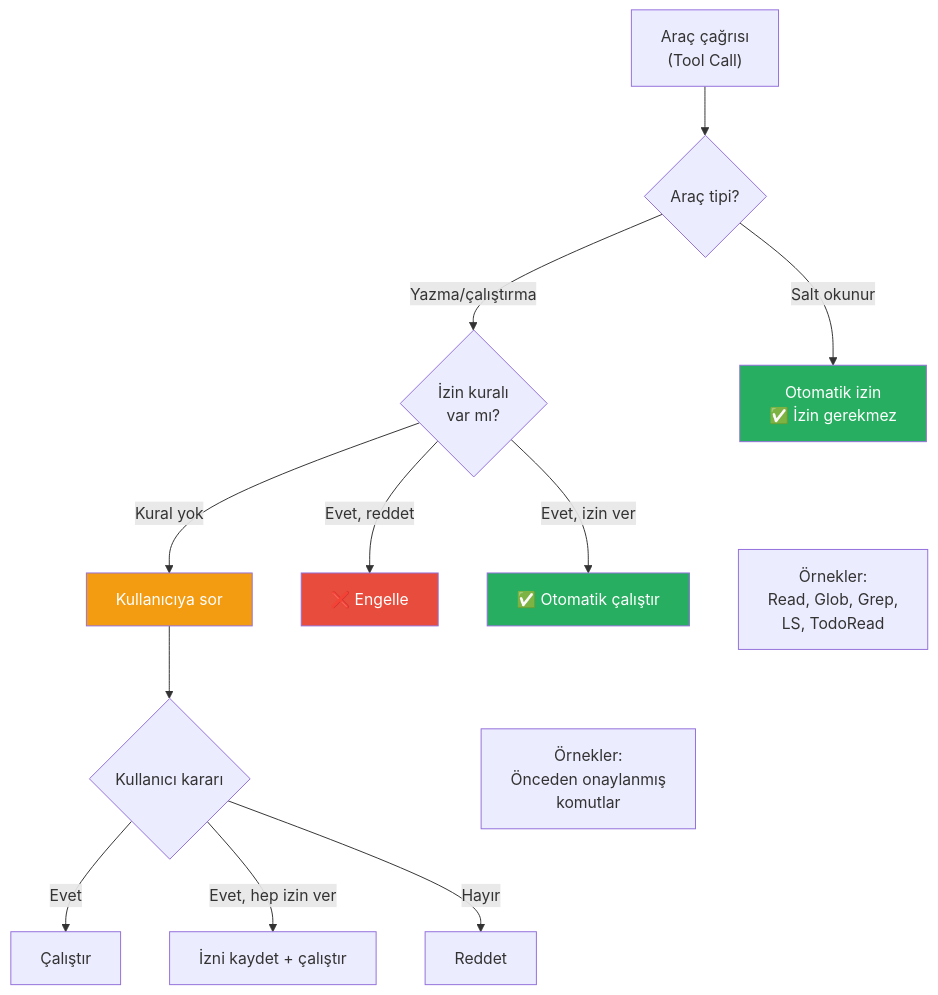
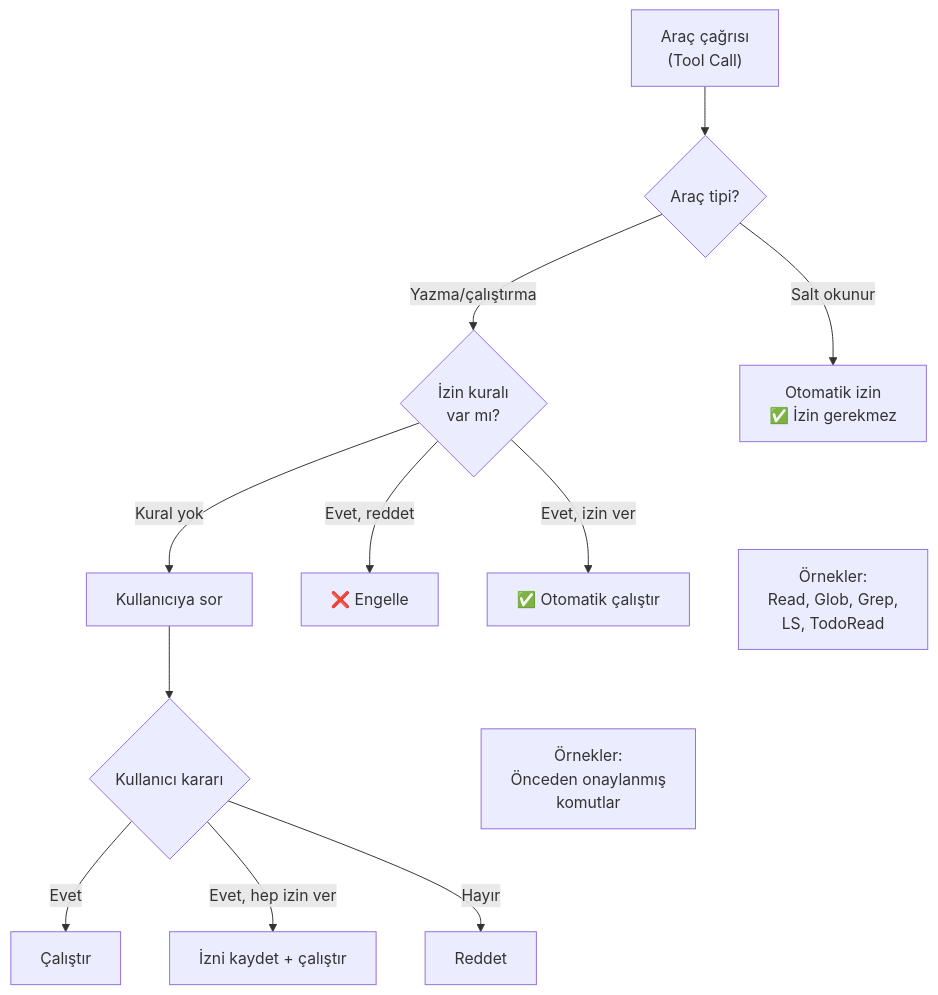
Before and after one commit to IzzetYasinAtes/ClaudeCodeHandbook: the fourth of 6 diagrams in 06-claude-code-tanitim/02-claude-code-nasil-calisir.md, drawn with Mermaid. The commit also changed other lines of this file and 97 other files, not shown here.

Commit message:
Remove all custom Mermaid style/fill colors from 98 markdown files for consistent dark theme rendering

````diff
--- a/06-claude-code-tanitim/02-claude-code-nasil-calisir.md
+++ b/06-claude-code-tanitim/02-claude-code-nasil-calisir.md
@@ -185,24 +182,20 @@
 ```mermaid
 flowchart TD
     REQ["Araç çağrısı<br/>(Tool Call)"] --> TYPE{"Araç tipi?"}
 
     TYPE -->|"Salt okunur"| READONLY["Otomatik izin<br/>✅ İzin gerekmez"]
     TYPE -->|"Yazma/çalıştırma"| CHECK{"İzin kuralı<br/>var mı?"}
 
     CHECK -->|"Evet, izin ver"| ALLOW["✅ Otomatik çalıştır"]
     CHECK -->|"Evet, reddet"| DENY["❌ Engelle"]
     CHECK -->|"Kural yok"| ASK["Kullanıcıya sor"]
 
     ASK --> USER{"Kullanıcı kararı"}
     USER -->|"Evet"| RUN["Çalıştır"]
     USER -->|"Evet, hep izin ver"| SAVE["İzni kaydet + çalıştır"]
     USER -->|"Hayır"| REJECT["Reddet"]
 
     READONLY ~~~ NOTE1["Örnekler:<br/>Read, Glob, Grep,<br/>LS, TodoRead"]
     ALLOW ~~~ NOTE2["Örnekler:<br/>Önceden onaylanmış<br/>komutlar"]
 
-    style READONLY fill:#27AE60,color:#fff
-    style ALLOW fill:#27AE60,color:#fff
-    style DENY fill:#E74C3C,color:#fff
-    style ASK fill:#F39C12,color:#fff
 ```
````
